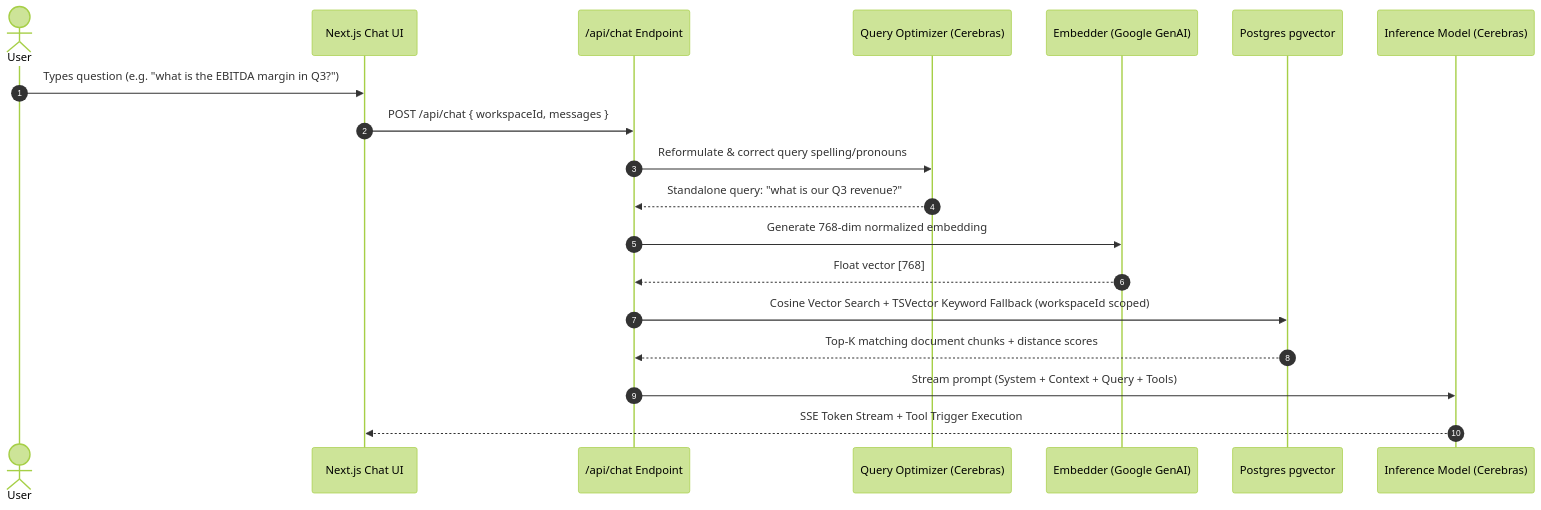
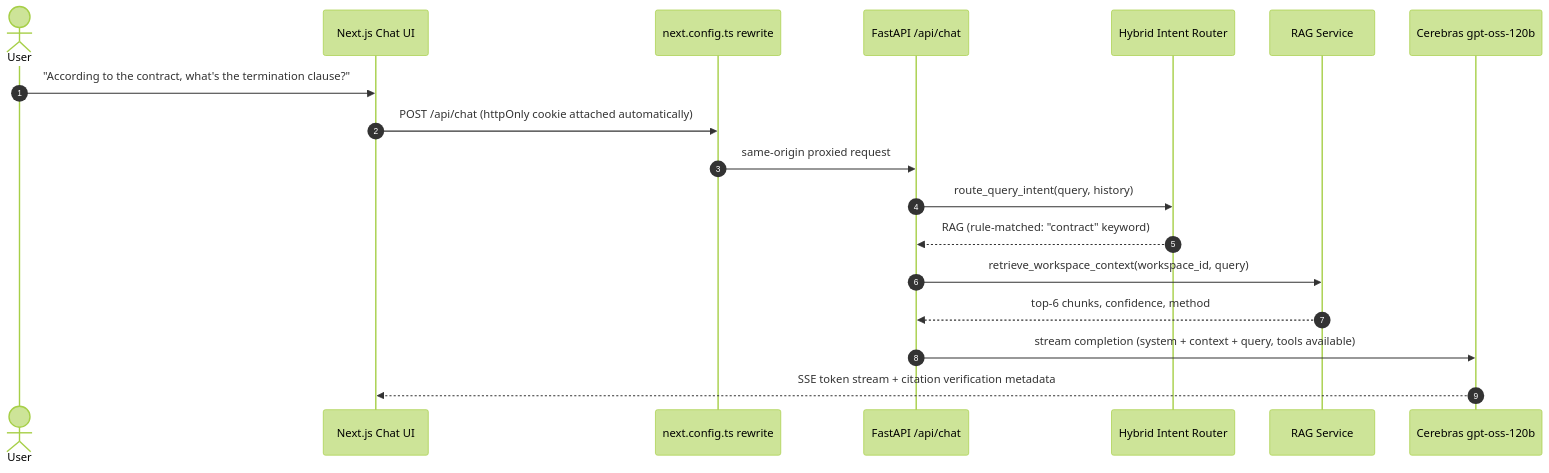
Before and after one commit to premhagargi/nexus-ai: the second of 2 diagrams in README.md, drawn with Mermaid (forest theme). The commit also changed other lines of this file and 107 other files, not shown here.

First line of the commit message:
refactor: extract backend into standalone Python service

````diff
--- a/README.md
+++ b/README.md
@@ -38,22 +33,21 @@
 ```mermaid
 sequenceDiagram
     autonumber
     actor User
     participant UI as Next.js Chat UI
-    participant API as /api/chat Endpoint
-    participant LLM_Q as Query Optimizer (Cerebras)
-    participant EMB as Embedder (Google GenAI)
-    participant DB as Postgres pgvector
-    participant LLM_F as Inference Model (Cerebras)
+    participant Proxy as next.config.ts rewrite
+    participant API as FastAPI /api/chat
+    participant Router as Hybrid Intent Router
+    participant RAG as RAG Service
+    participant LLM as Cerebras gpt-oss-120b
 
-    User->>UI: Types question (e.g. "what is the EBITDA margin in Q3?")
-    UI->>API: POST /api/chat { workspaceId, messages }
-    API->>LLM_Q: Reformulate & correct query spelling/pronouns
-    LLM_Q-->>API: Standalone query: "what is our Q3 revenue?"
-    API->>EMB: Generate 768-dim normalized embedding
-    EMB-->>API: Float vector [768]
-    API->>DB: Cosine Vector Search + TSVector Keyword Fallback (workspaceId scoped)
-    DB-->>API: Top-K matching document chunks + distance scores
-    API->>LLM_F: Stream prompt (System + Context + Query + Tools)
-    LLM_F-->>UI: SSE Token Stream + Tool Trigger Execution
+    User->>UI: "According to the contract, what's the termination clause?"
+    UI->>Proxy: POST /api/chat (httpOnly cookie attached automatically)
+    Proxy->>API: same-origin proxied request
+    API->>Router: route_query_intent(query, history)
+    Router-->>API: RAG (rule-matched: "contract" keyword)
+    API->>RAG: retrieve_workspace_context(workspace_id, query)
+    RAG-->>API: top-6 chunks, confidence, method
+    API->>LLM: stream completion (system + context + query, tools available)
+    LLM-->>UI: SSE token stream + citation verification metadata
 ```
````
